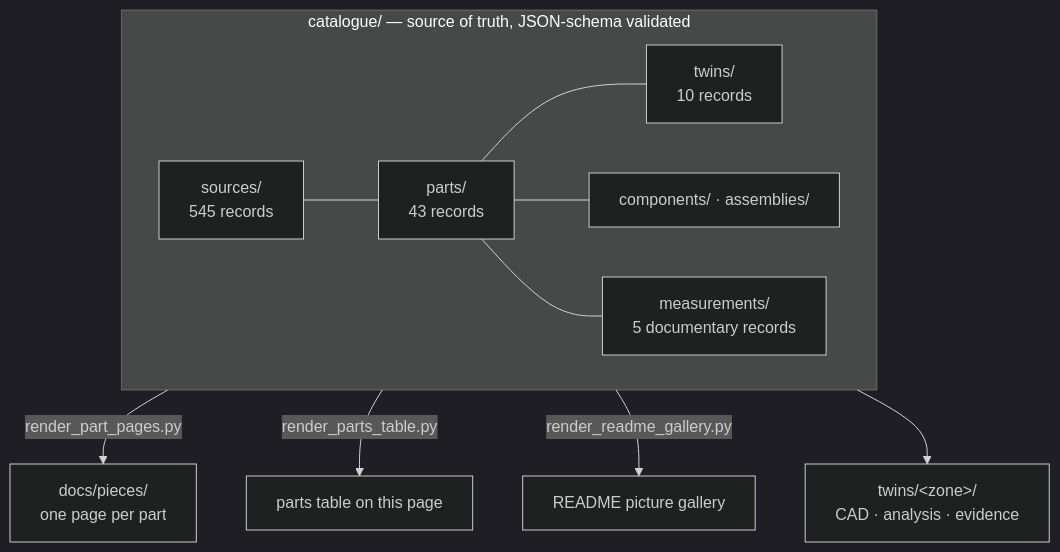
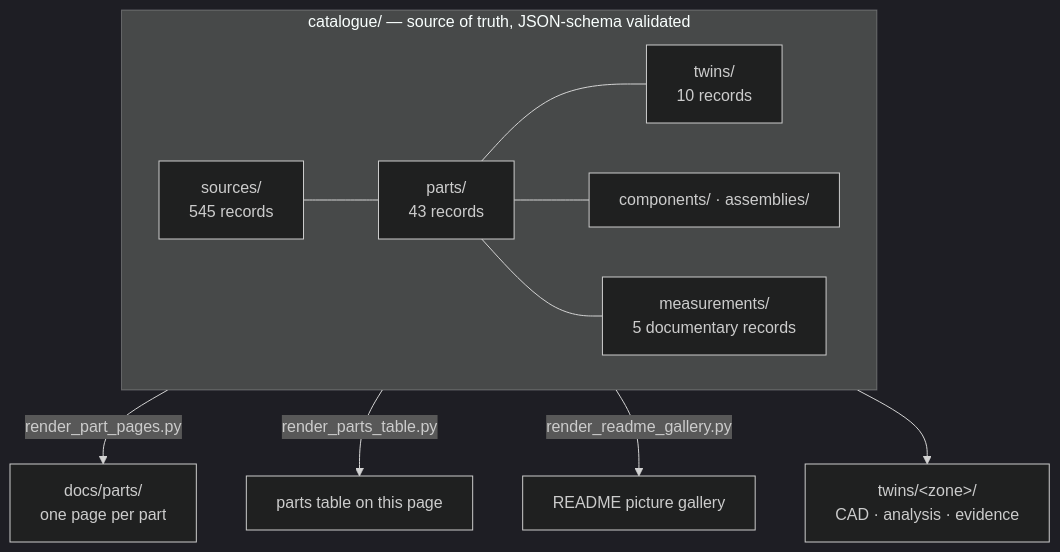
One commit to cluster2600/porscheparts changed the fifth of 5 diagrams in docs/ENGINEERING_OVERVIEW.md. Above: the diagram before and after it, drawn with Mermaid (dark theme). The commit also changed other lines of this file and 104 other files, not shown here.

First line of the commit message:
Rename docs/pieces to docs/parts with a redirect stub (#430, batch 2) (#685)

````diff
--- a/docs/ENGINEERING_OVERVIEW.md
+++ b/docs/ENGINEERING_OVERVIEW.md
@@ -722,14 +722,14 @@
 ```mermaid
 flowchart TB
     subgraph catalog["catalogue/ — source of truth, JSON-schema validated"]
       direction LR
       src["sources/<br/>545 records"] --- prt["parts/<br/>43 records"]
       prt --- tw["twins/<br/>10 records"]
       prt --- cmp["components/ · assemblies/"]
       prt --- mea["measurements/<br/>5 documentary records"]
     end
-    prt -- "render_part_pages.py" --> pages["docs/pieces/<br/>one page per part"]
+    prt -- "render_part_pages.py" --> pages["docs/parts/<br/>one page per part"]
     prt -- "render_parts_table.py" --> table["parts table on this page"]
     prt -- "render_readme_gallery.py" --> gallery["README picture gallery"]
     tw --> twins["twins/&lt;zone&gt;/<br/>CAD · analysis · evidence"]
 ```
````
